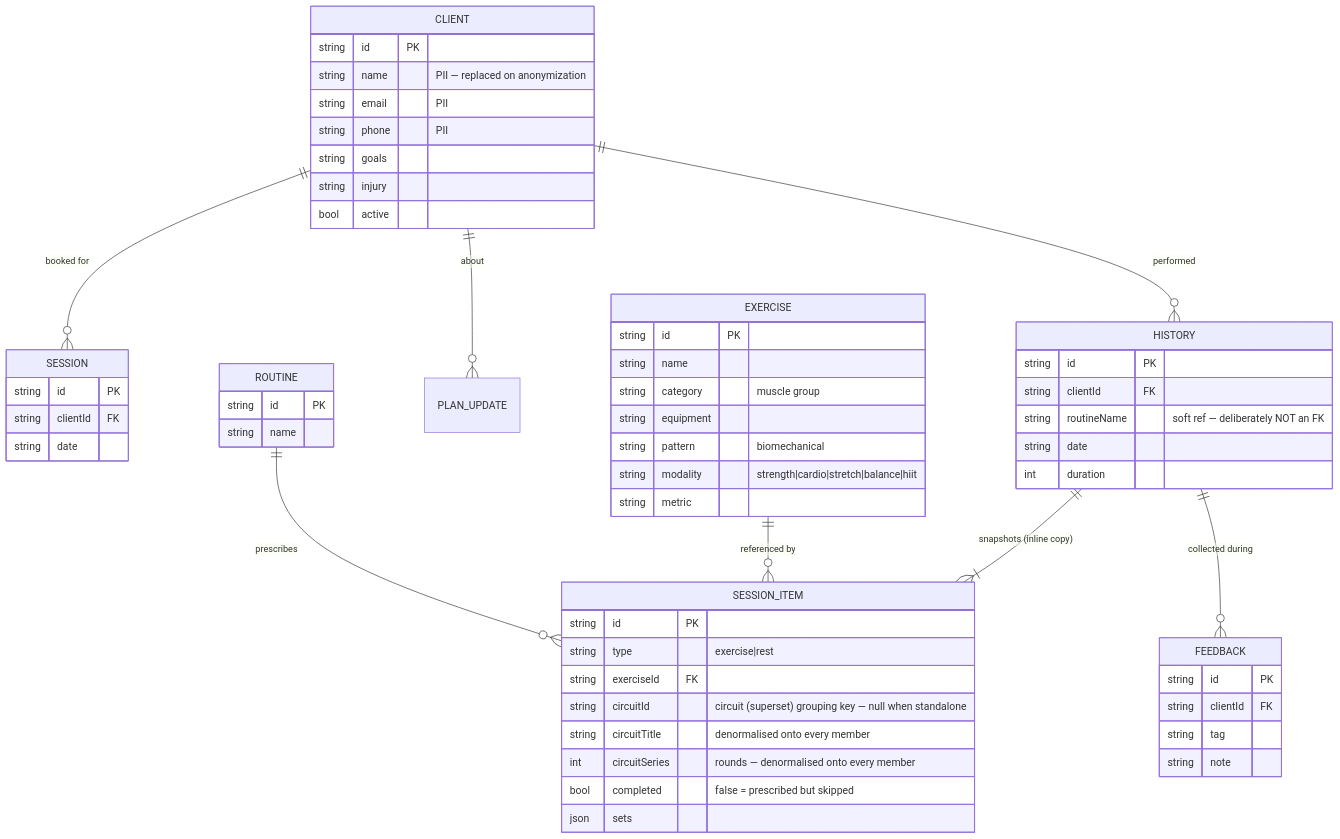
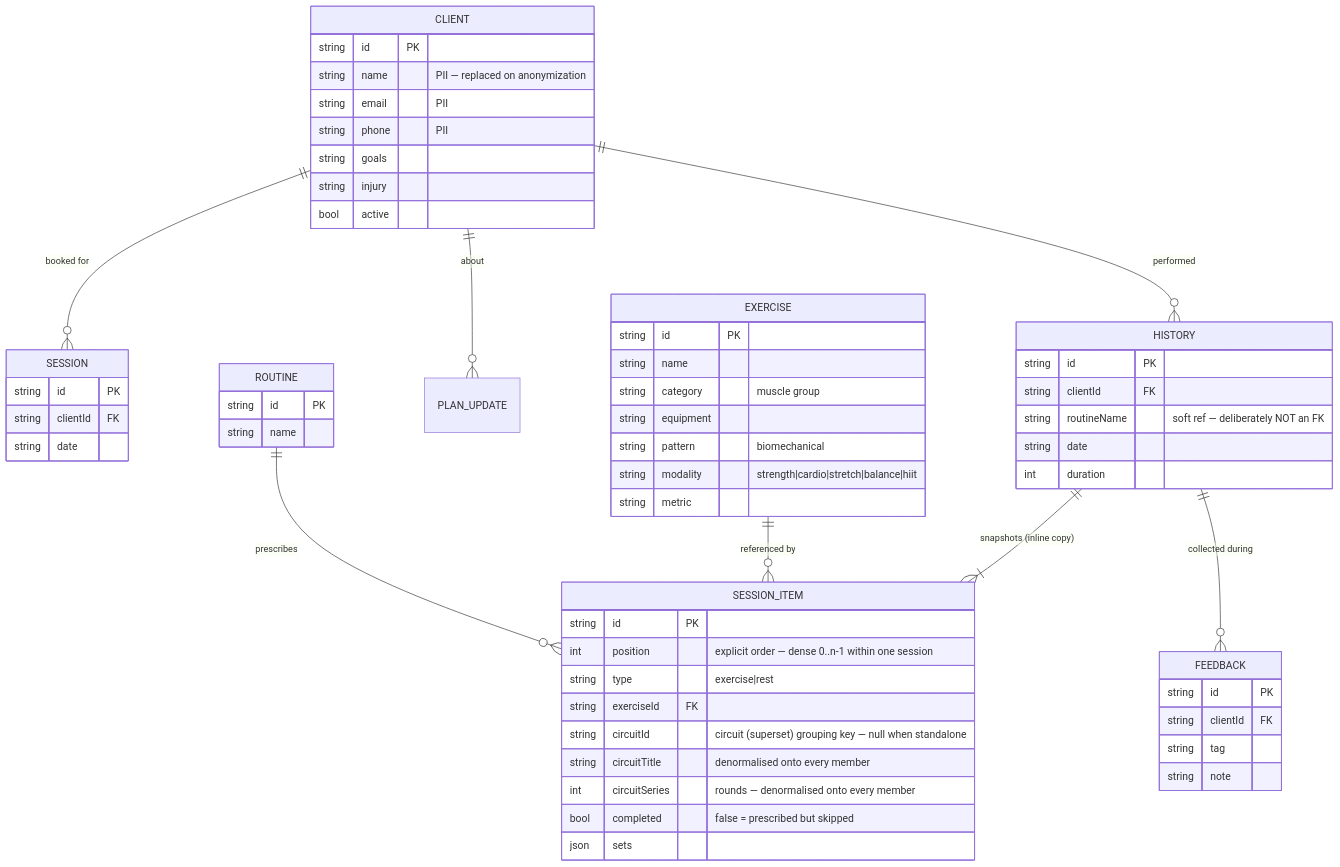
The second of 4 diagrams in docs/DATA_MODEL.md (stutek/LibrePT), drawn with Mermaid before and after one commit. The commit also changed other lines of this file and 1 other file, not shown here.

First line of the commit message:
docs(data): specify explicit item ordering — position on every session item

````diff
--- a/docs/DATA_MODEL.md
+++ b/docs/DATA_MODEL.md
@@ -95,61 +95,62 @@
 ```mermaid
 erDiagram
     CLIENT ||--o{ SESSION : "booked for"
     CLIENT ||--o{ HISTORY : "performed"
     CLIENT ||--o{ PLAN_UPDATE : "about"
     ROUTINE ||--o{ SESSION_ITEM : "prescribes"
     EXERCISE ||--o{ SESSION_ITEM : "referenced by"
     HISTORY ||--|{ SESSION_ITEM : "snapshots (inline copy)"
     HISTORY ||--o{ FEEDBACK : "collected during"
 
     CLIENT {
         string id PK
         string name "PII — replaced on anonymization"
         string email "PII"
         string phone "PII"
         string goals
         string injury
         bool active
     }
     EXERCISE {
         string id PK
         string name
         string category "muscle group"
         string equipment
         string pattern "biomechanical"
         string modality "strength|cardio|stretch|balance|hiit"
         string metric
     }
     ROUTINE {
         string id PK
         string name
     }
     SESSION {
         string id PK
         string clientId FK
         string date
     }
     HISTORY {
         string id PK
         string clientId FK
         string routineName "soft ref — deliberately NOT an FK"
         string date
         int duration
     }
     SESSION_ITEM {
         string id PK
+        int position "explicit order — dense 0..n-1 within one session"
         string type "exercise|rest"
         string exerciseId FK
         string circuitId "circuit (superset) grouping key — null when standalone"
         string circuitTitle "denormalised onto every member"
         int circuitSeries "rounds — denormalised onto every member"
         bool completed "false = prescribed but skipped"
         json sets
     }
     FEEDBACK {
         string id PK
         string clientId FK
         string tag
         string note
     }
 ```
````
